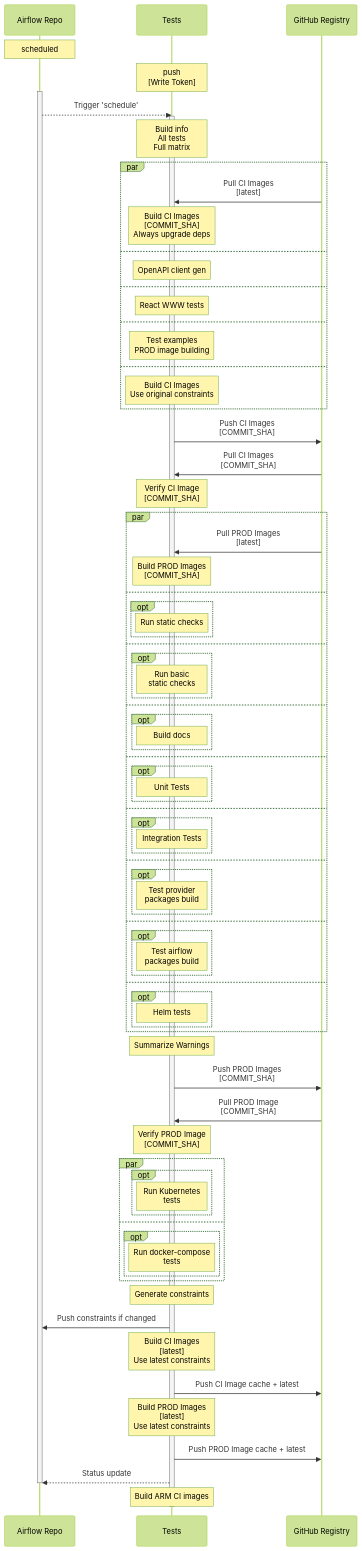
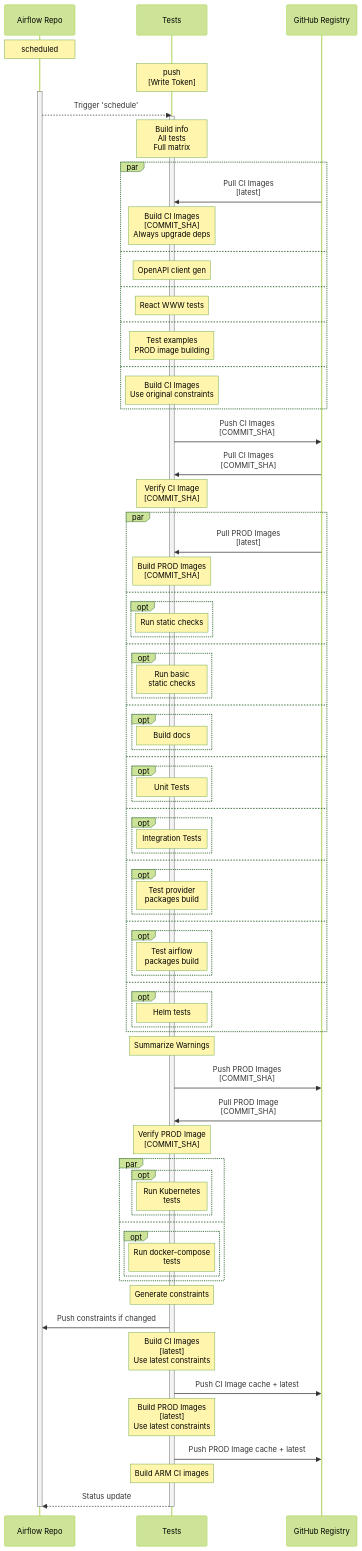
The fourth of 4 diagrams in CI_DIAGRAMS.md (GoogleCloudPlatform/composer-airflow), drawn with Mermaid (forest theme) before and after one commit. The commit also changed other lines of this file, not shown here.

First line of the commit message:
Small fixups to CI diagrams (#29235)

````diff
--- a/CI_DIAGRAMS.md
+++ b/CI_DIAGRAMS.md
@@ -381,8 +377,8 @@
     Tests ->> GitHub Registry: Push CI Image cache + latest
     Note over Tests: Build PROD Images<br>[latest]<br>Use latest constraints
     Tests ->> GitHub Registry: Push PROD Image cache + latest
+    Note over Tests: Build ARM CI images
     Tests -->> Airflow Repo: Status update
     deactivate Airflow Repo
-    Note over Tests: Build ARM CI images
     deactivate Tests
 ```
````
